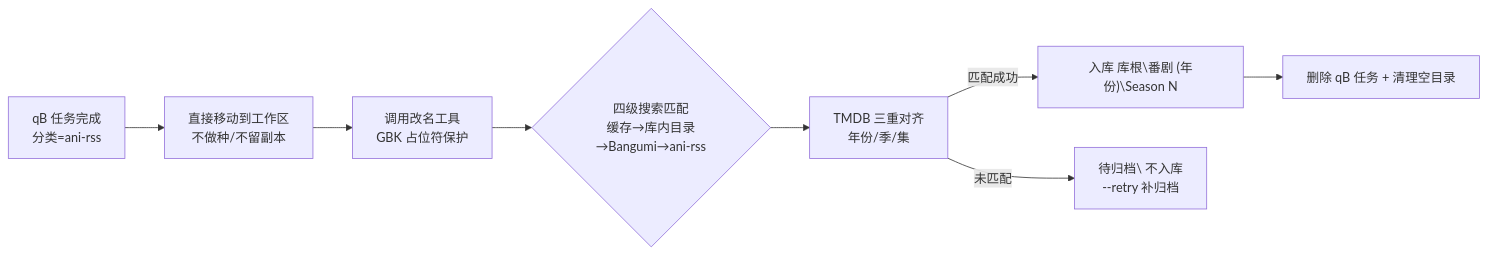
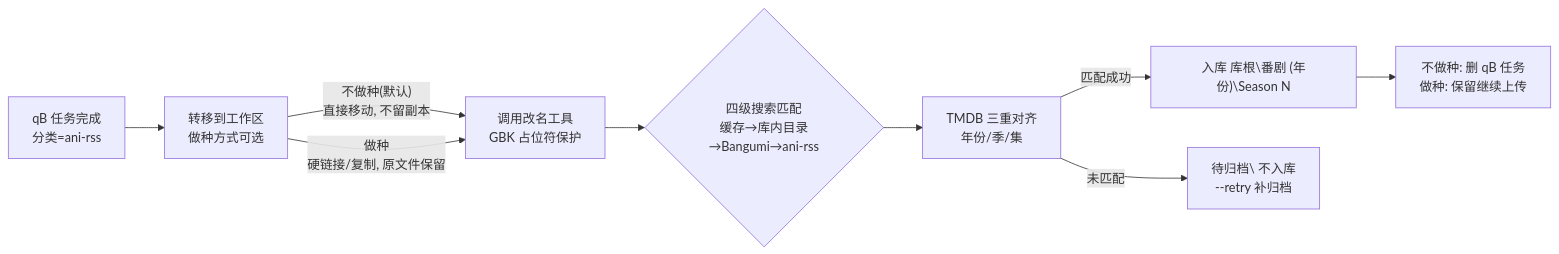
One commit to DaisySG297/qb-bangumi-autorename changed the diagram in README.md. Above: the diagram before and after it, drawn with Mermaid. The commit also changed other lines of this file and 1 other file, not shown here.

Commit message:
feat: seeding becomes optional (TRANSFER_MODE + --seed/--no-seed)
- new QBR_TRANSFER_MODE config: no_seed (default, direct move, no copy left) or seed (hardlink/copy, keep source files so qB keeps uploading)
- --seed / --no-seed CLI override
- seed mode skips qB torrent deletion/pause
- README: flowchart now shows seed/no-seed branch, config table and usage updated

````diff
--- a/README.md
+++ b/README.md
@@ -25,10 +25,11 @@
 ```mermaid
 flowchart LR
-    A["qB 任务完成<br/>分类=ani-rss"] --> B["直接移动到工作区<br/>不做种/不留副本"]
-    B --> C["调用改名工具<br/>GBK 占位符保护"]
+    A["qB 任务完成<br/>分类=ani-rss"] --> B["转移到工作区<br/>做种方式可选"]
+    B -->|"不做种(默认)<br/>直接移动, 不留副本"| C["调用改名工具<br/>GBK 占位符保护"]
+    B -->|"做种<br/>硬链接/复制, 原文件保留"| C
     C --> D{"四级搜索匹配<br/>缓存→库内目录→Bangumi→ani-rss"}
     D --> E["TMDB 三重对齐<br/>年份/季/集"]
     E -->|匹配成功| F["入库 库根#92;番剧 (年份)#92;Season N"]
     E -->|未匹配| G["待归档#92; 不入库<br/>--retry 补归档"]
-    F --> H["删除 qB 任务 + 清理空目录"]
+    F --> H["不做种: 删 qB 任务<br/>做种: 保留继续上传"]
 ```
````
